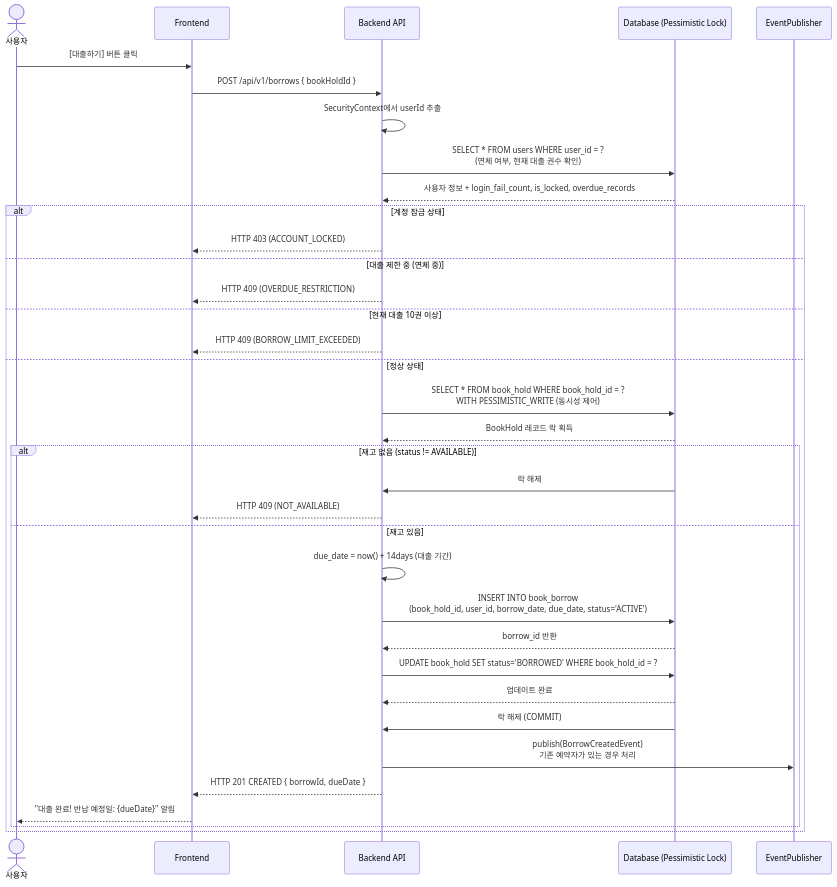
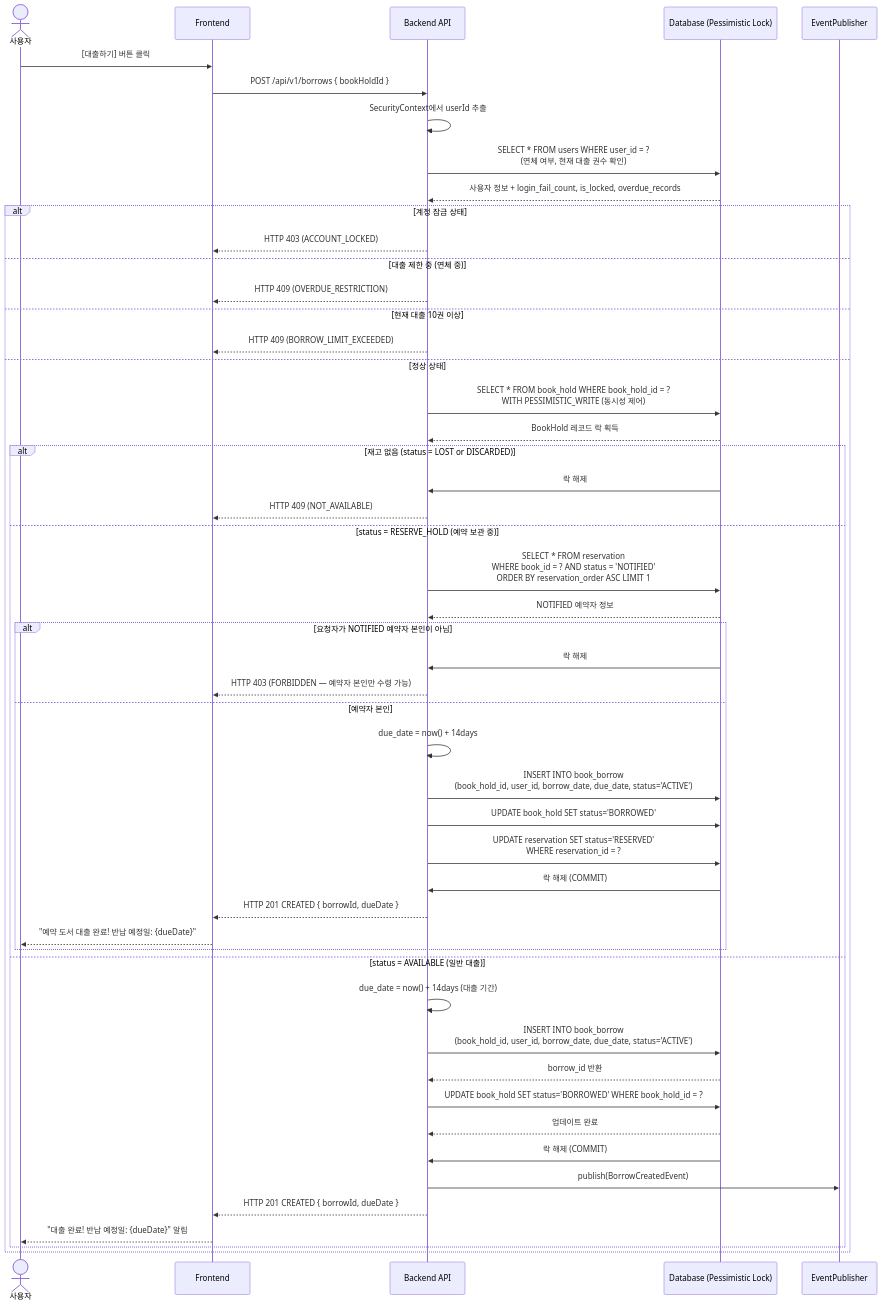
One commit to Boogieman-lab/book-management-system changed the second of 4 diagrams in docs/02_design/architecture/sequence/book_borrow_sequence.md. Above: the diagram before and after it, drawn with Mermaid. The commit also changed 7 other files, not shown here.

````diff
--- a/docs/02_design/architecture/sequence/book_borrow_sequence.md
+++ b/docs/02_design/architecture/sequence/book_borrow_sequence.md
@@ -35,46 +35,64 @@
 ```mermaid
 sequenceDiagram
     actor User as 사용자
     participant Client as Frontend
     participant Server as Backend API
     participant DB as Database (Pessimistic Lock)
     participant Event as EventPublisher
 
     User->>Client: [대출하기] 버튼 클릭
     Client->>Server: POST /api/v1/borrows { bookHoldId }
 
     Server->>Server: SecurityContext에서 userId 추출
 
     Server->>DB: SELECT * FROM users WHERE user_id = ?<br>(연체 여부, 현재 대출 권수 확인)
     DB-->>Server: 사용자 정보 + login_fail_count, is_locked, overdue_records
 
     alt 계정 잠금 상태
         Server-->>Client: HTTP 403 (ACCOUNT_LOCKED)
     else 대출 제한 중 (연체 중)
         Server-->>Client: HTTP 409 (OVERDUE_RESTRICTION)
     else 현재 대출 10권 이상
         Server-->>Client: HTTP 409 (BORROW_LIMIT_EXCEEDED)
     else 정상 상태
         Server->>DB: SELECT * FROM book_hold WHERE book_hold_id = ?<br>WITH PESSIMISTIC_WRITE (동시성 제어)
         DB-->>Server: BookHold 레코드 락 획득
 
-        alt 재고 없음 (status != AVAILABLE)
+        alt 재고 없음 (status = LOST or DISCARDED)
             DB->>Server: 락 해제
             Server-->>Client: HTTP 409 (NOT_AVAILABLE)
-        else 재고 있음
+
+        else status = RESERVE_HOLD (예약 보관 중)
+            Server->>DB: SELECT * FROM reservation<br>WHERE book_id = ? AND status = 'NOTIFIED'<br>ORDER BY reservation_order ASC LIMIT 1
+            DB-->>Server: NOTIFIED 예약자 정보
+
+            alt 요청자가 NOTIFIED 예약자 본인이 아님
+                DB->>Server: 락 해제
+                Server-->>Client: HTTP 403 (FORBIDDEN — 예약자 본인만 수령 가능)
+            else 예약자 본인
+                Server->>Server: due_date = now() + 14days
+                Server->>DB: INSERT INTO book_borrow<br>(book_hold_id, user_id, borrow_date, due_date, status='ACTIVE')
+                Server->>DB: UPDATE book_hold SET status='BORROWED'
+                Server->>DB: UPDATE reservation SET status='RESERVED'<br>WHERE reservation_id = ?
+                DB->>Server: 락 해제 (COMMIT)
+                Server-->>Client: HTTP 201 CREATED { borrowId, dueDate }
+                Client-->>User: "예약 도서 대출 완료! 반납 예정일: {dueDate}"
+            end
+
+        else status = AVAILABLE (일반 대출)
             Server->>Server: due_date = now() + 14days (대출 기간)
             Server->>DB: INSERT INTO book_borrow<br>(book_hold_id, user_id, borrow_date, due_date, status='ACTIVE')
             DB-->>Server: borrow_id 반환
 
             Server->>DB: UPDATE book_hold SET status='BORROWED' WHERE book_hold_id = ?
             DB-->>Server: 업데이트 완료
 
             DB->>Server: 락 해제 (COMMIT)
 
-            Server->>Event: publish(BorrowCreatedEvent)<br>기존 예약자가 있는 경우 처리
+            Server->>Event: publish(BorrowCreatedEvent)
 
             Server-->>Client: HTTP 201 CREATED { borrowId, dueDate }
             Client-->>User: "대출 완료! 반납 예정일: {dueDate}" 알림
         end
     end
 ```
````
